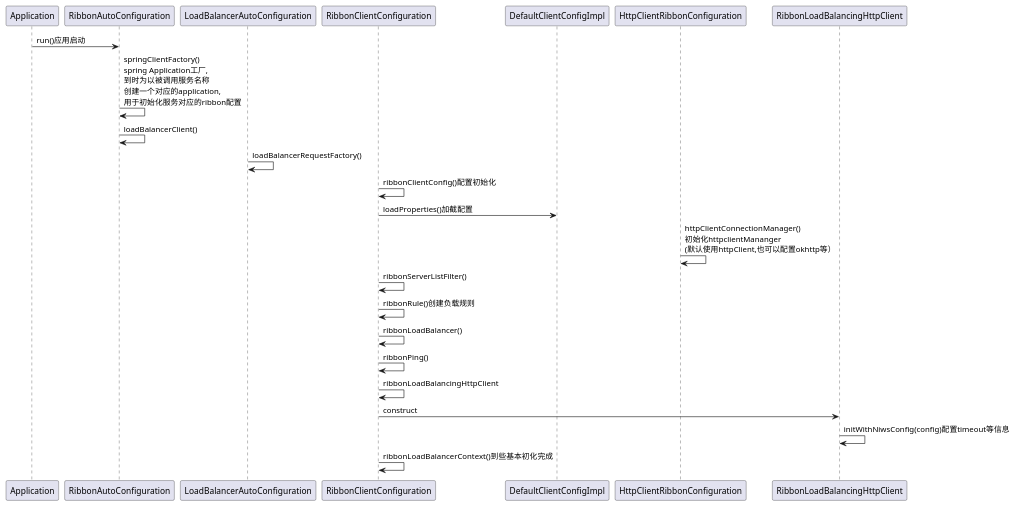
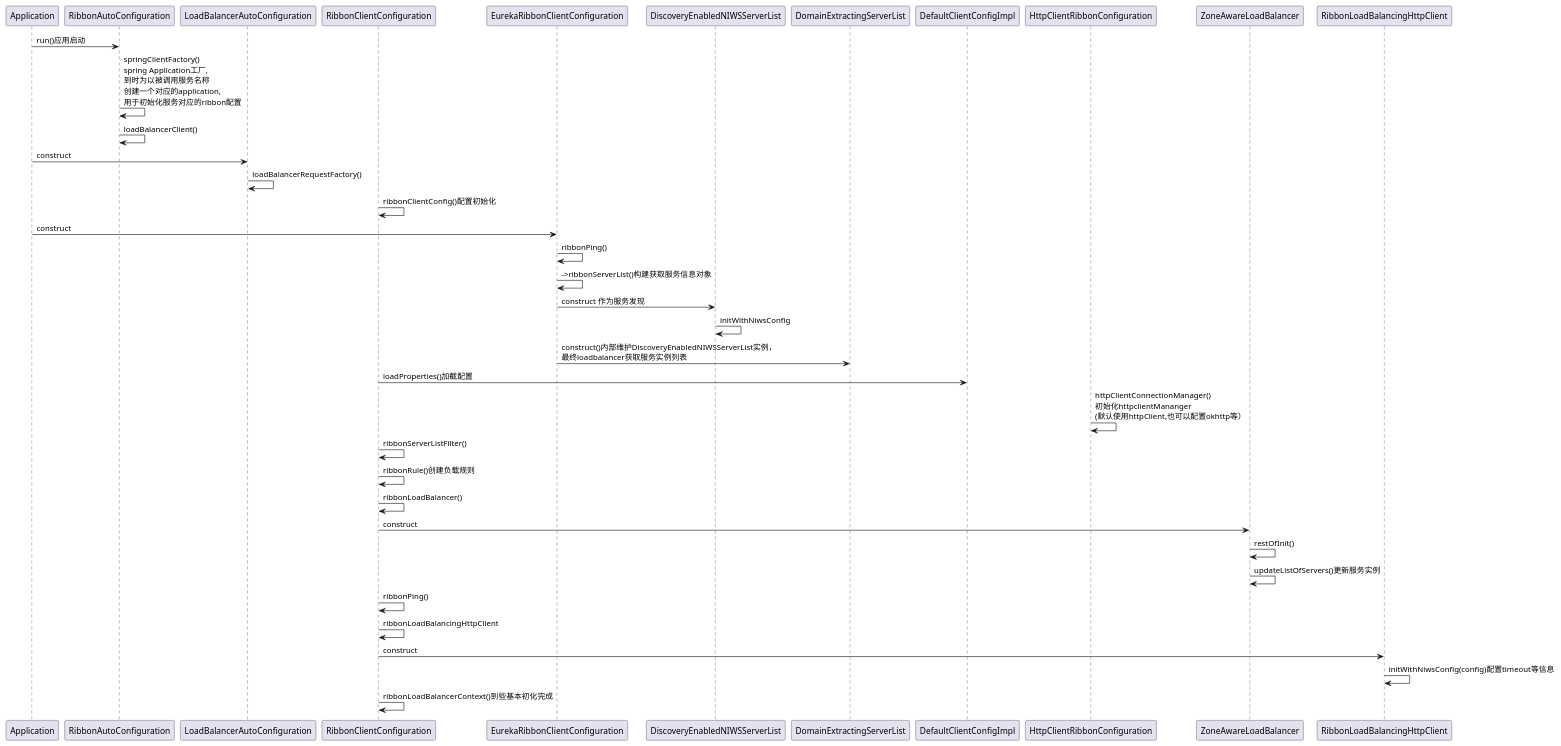
Before and after one commit to evefost/spring-cloud-demo: the diagram in doc/ribbon初始化.puml, drawn with PlantUML. The commit also changed 2 other files, not shown here.

```diff
--- a/doc/ribbon初始化.puml
+++ b/doc/ribbon初始化.puml
@@ -1,17 +1,27 @@
 @startuml
 Application ->RibbonAutoConfiguration:run()应用启动
 RibbonAutoConfiguration->RibbonAutoConfiguration:springClientFactory()\nspring Application工厂,\n到时为以被调用服务名称\n创建一个对应的application,\n用于初始化服务对应的ribbon配置
 RibbonAutoConfiguration->RibbonAutoConfiguration:loadBalancerClient()
+Application->LoadBalancerAutoConfiguration:construct
 LoadBalancerAutoConfiguration->LoadBalancerAutoConfiguration:loadBalancerRequestFactory()
 RibbonClientConfiguration->RibbonClientConfiguration:ribbonClientConfig()配置初始化
+Application->EurekaRibbonClientConfiguration:construct
+EurekaRibbonClientConfiguration->EurekaRibbonClientConfiguration:ribbonPing()
+EurekaRibbonClientConfiguration->EurekaRibbonClientConfiguration:->ribbonServerList()构建获取服务信息对象
+EurekaRibbonClientConfiguration->DiscoveryEnabledNIWSServerList:construct 作为服务发现
+DiscoveryEnabledNIWSServerList->DiscoveryEnabledNIWSServerList:initWithNiwsConfig
+EurekaRibbonClientConfiguration->DomainExtractingServerList:construct()内部维护DiscoveryEnabledNIWSServerList实例，\n最终loadbalancer获取服务实例列表
 RibbonClientConfiguration->DefaultClientConfigImpl:loadProperties()加截配置
 HttpClientRibbonConfiguration->HttpClientRibbonConfiguration:httpClientConnectionManager()\n初始化httpclientMananger\n(默认使用httpClient,也可以配置okhttp等）
 RibbonClientConfiguration->RibbonClientConfiguration:ribbonServerListFilter()
 RibbonClientConfiguration->RibbonClientConfiguration:ribbonRule()创建负载规则
 RibbonClientConfiguration->RibbonClientConfiguration:ribbonLoadBalancer()
+RibbonClientConfiguration->ZoneAwareLoadBalancer:construct
+ZoneAwareLoadBalancer->ZoneAwareLoadBalancer:restOfInit()
+ZoneAwareLoadBalancer->ZoneAwareLoadBalancer:updateListOfServers()更新服务实例
 RibbonClientConfiguration->RibbonClientConfiguration:ribbonPing()
 RibbonClientConfiguration->RibbonClientConfiguration:ribbonLoadBalancingHttpClient
 RibbonClientConfiguration->RibbonLoadBalancingHttpClient:construct
 RibbonLoadBalancingHttpClient->RibbonLoadBalancingHttpClient:initWithNiwsConfig(config)配置timeout等信息
 RibbonClientConfiguration->RibbonClientConfiguration:ribbonLoadBalancerContext()到些基本初化完成
 @enduml
```
